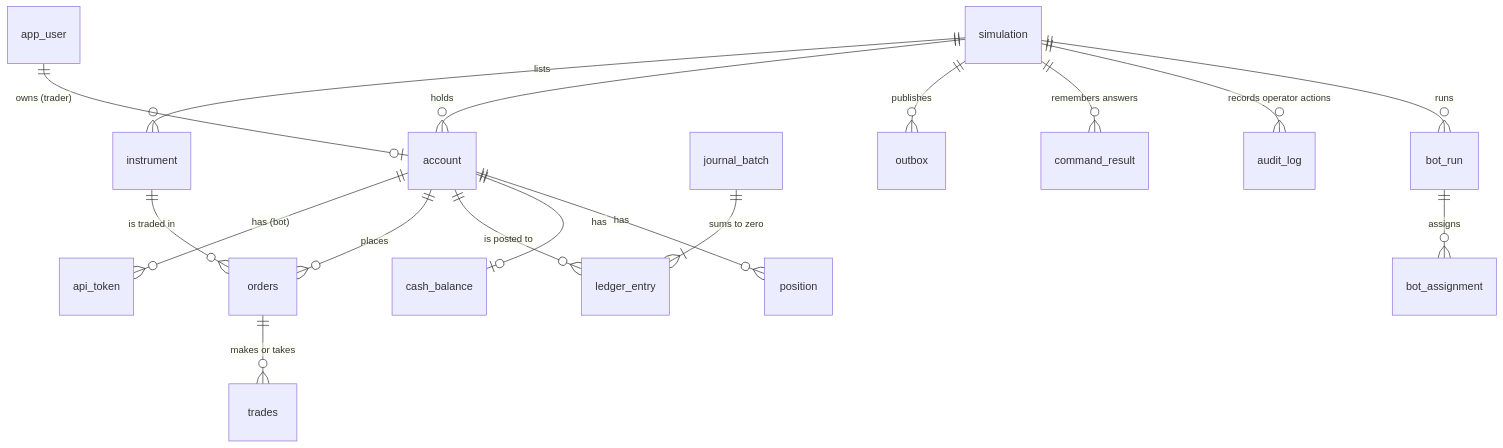
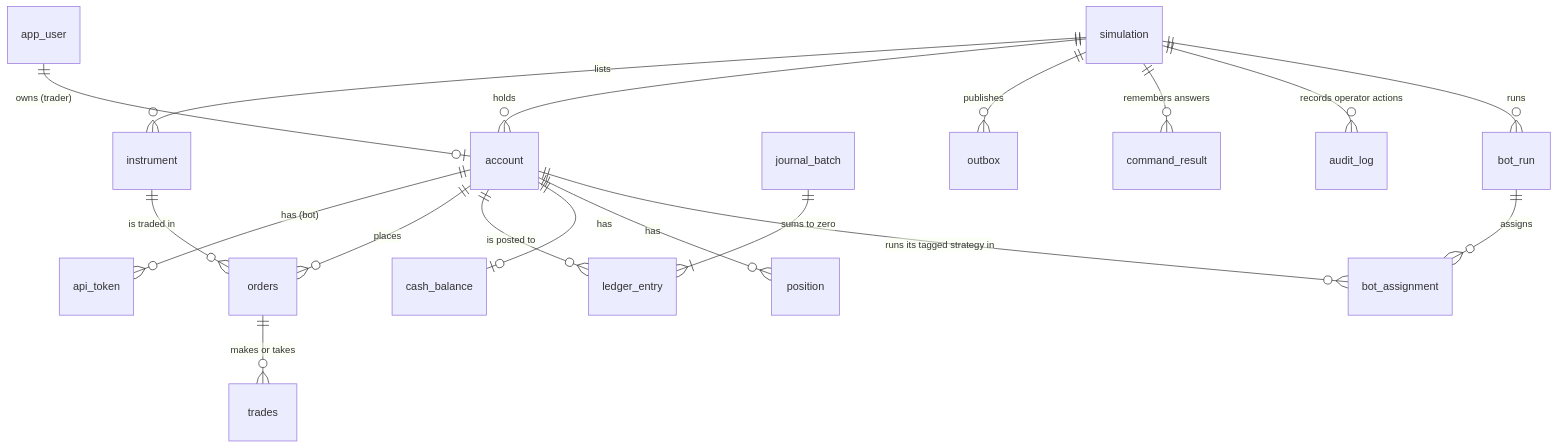
The seventh of 8 diagrams in docs/architecture.md (Princz-Mia/mini-stock-exchange), drawn with Mermaid before and after one commit. The commit also changed other lines of this file and 31 other files, not shown here.

First line of the commit message:
feat(execution): assign bot runs by strategy tag

````diff
--- a/docs/architecture.md
+++ b/docs/architecture.md
@@ -146,19 +146,20 @@
 ```mermaid
 erDiagram
   simulation ||--o{ instrument : lists
   simulation ||--o{ account : holds
   app_user ||--o| account : "owns (trader)"
   account ||--o{ api_token : "has (bot)"
   account ||--o{ orders : places
   instrument ||--o{ orders : "is traded in"
   orders ||--o{ trades : "makes or takes"
   journal_batch ||--|{ ledger_entry : "sums to zero"
   account ||--o{ ledger_entry : "is posted to"
   account ||--o| cash_balance : has
   account ||--o{ position : has
   simulation ||--o{ outbox : publishes
   simulation ||--o{ command_result : "remembers answers"
   simulation ||--o{ audit_log : "records operator actions"
   simulation ||--o{ bot_run : runs
   bot_run ||--o{ bot_assignment : assigns
+  account ||--o{ bot_assignment : "runs its tagged strategy in"
 ```
````
